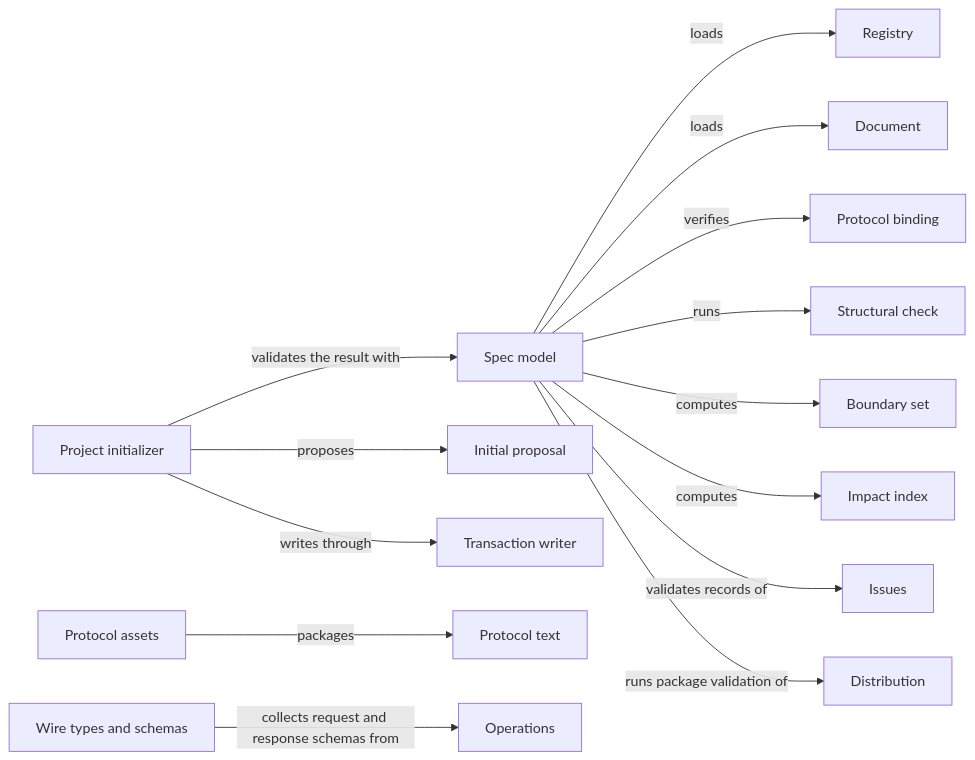
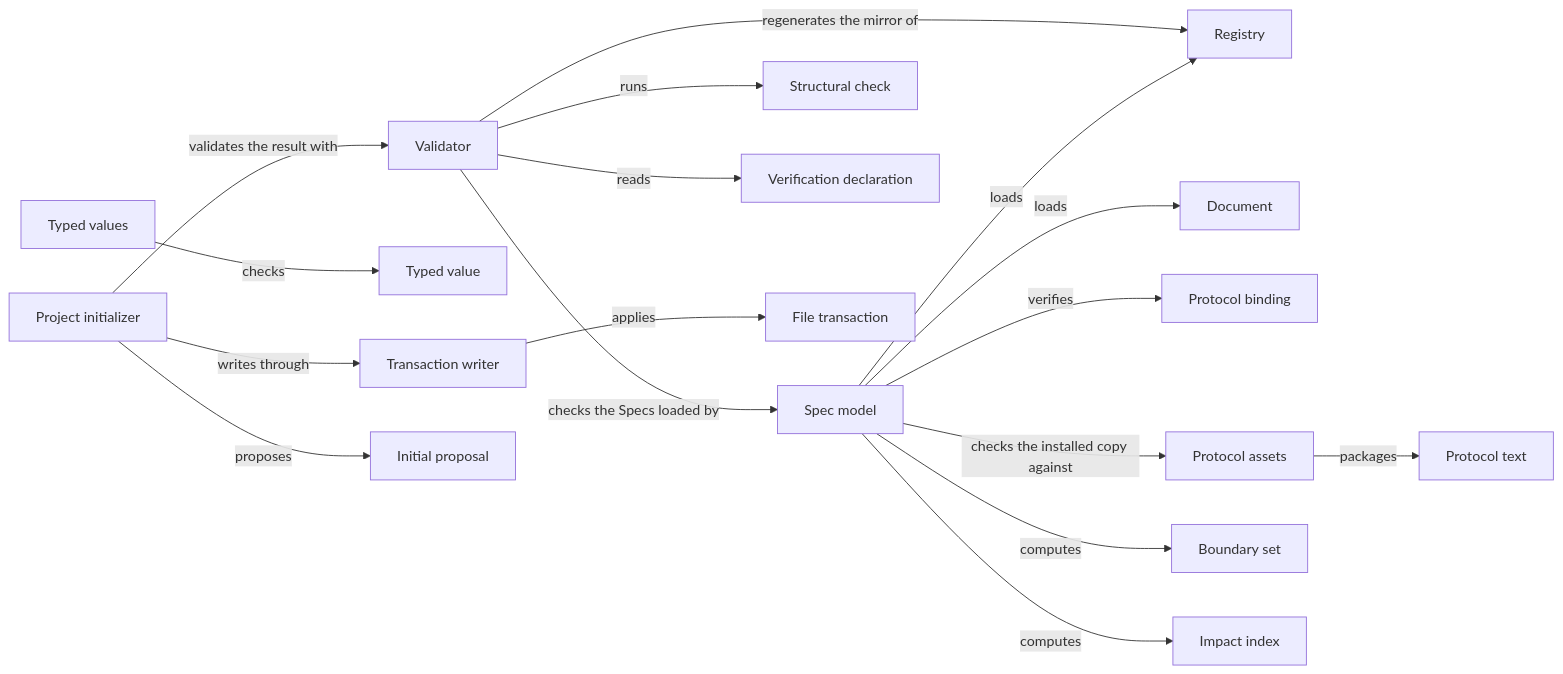
Before and after one commit to FTOD/concorde: the diagram in specs/concorde/spec/module.md, drawn with Mermaid. The commit also changed other lines of this file and 213 other files, not shown here.

First line of the commit message:
Rewrite Concorde's Specs for the layered architecture

````diff
--- a/specs/concorde/spec/module.md
+++ b/specs/concorde/spec/module.md
@@ -244,18 +312,21 @@
 ```mermaid
 flowchart LR
     accTitle: Spec tooling relationships
-    accDescr: The Spec model loads the registry and documents, verifies the Protocol binding, runs structural checks and computes boundary sets and impact indexes. The Project initializer proposes an initial proposal, writes through the Transaction writer and validates with the Spec model. Protocol assets package the Protocol text. Wire types and schemas collect schemas from Operations.
+    accDescr: The Spec model loads the registry and documents, verifies the Protocol binding and computes boundary sets and impact indexes. The Validator runs structural checks over the Spec model and reads verification declarations. The Project initializer proposes an initial proposal, writes through the Transaction writer and validates with the Validator. Protocol assets package the Protocol text.
     Model[Spec model] -->|loads| Registry[Registry]
     Model -->|loads| Document[Document]
     Model -->|verifies| Binding[Protocol binding]
-    Model -->|runs| Check[Structural check]
+    Model -->|checks the installed copy against| Assets[Protocol assets]
     Model -->|computes| Sets[Boundary set]
     Model -->|computes| Impact[Impact index]
-    Model -->|validates records of| Issues[Issues]
-    Model -->|runs package validation of| Distribution[Distribution]
+    Validator[Validator] -->|runs| Check[Structural check]
+    Validator -->|checks the Specs loaded by| Model
+    Validator -->|reads| Declaration[Verification declaration]
+    Validator -->|regenerates the mirror of| Registry
+    Types[Typed values] -->|checks| Value[Typed value]
+    Writer[Transaction writer] -->|applies| Transaction[File transaction]
     Init[Project initializer] -->|proposes| Proposal[Initial proposal]
-    Init -->|writes through| Writer[Transaction writer]
-    Init -->|validates the result with| Model
-    Assets[Protocol assets] -->|packages| Text[Protocol text]
-    Wire[Wire types and schemas] -->|collects request and response schemas from| Operations[Operations]
+    Init -->|writes through| Writer
+    Init -->|validates the result with| Validator
+    Assets -->|packages| Text[Protocol text]
 ```
````
